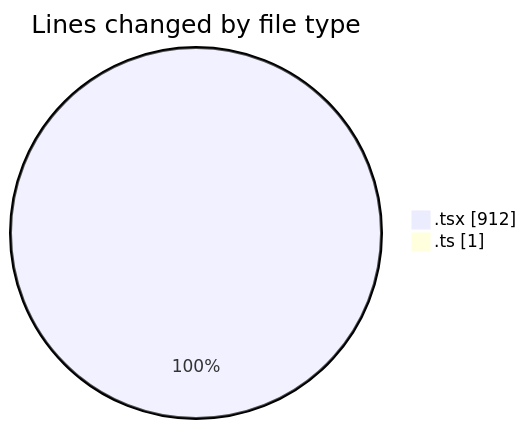
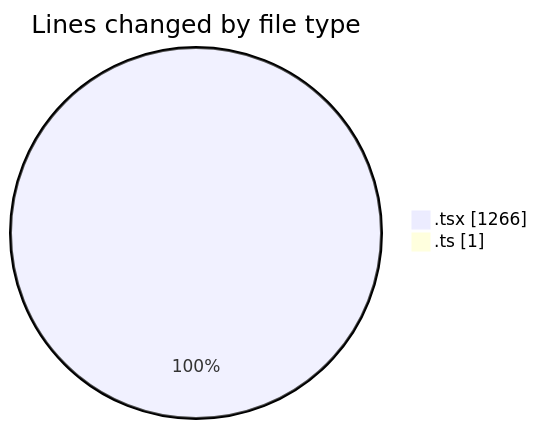
One commit to robertbonfada/code-tracking changed the first of 2 diagrams in 2025-01-29/mbc-web/README.md. Above: the diagram before and after it, drawn with Mermaid. The commit also changed other lines of this file and 1 other file, not shown here.

````diff
--- a/2025-01-29/mbc-web/README.md
+++ b/2025-01-29/mbc-web/README.md
@@ -25,6 +30,6 @@
 ```mermaid
 pie showData
 title Lines changed by file type
-".tsx" : 912
+".tsx" : 1266
 ".ts" : 1
 ```
````
